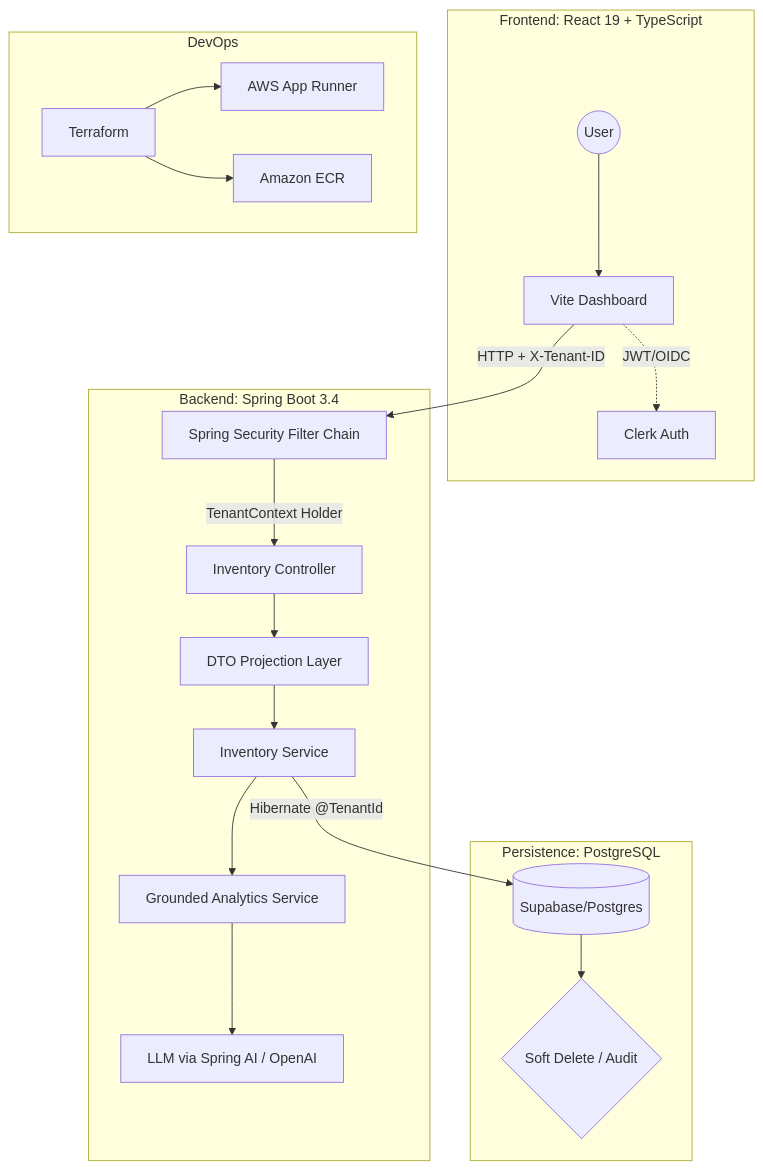
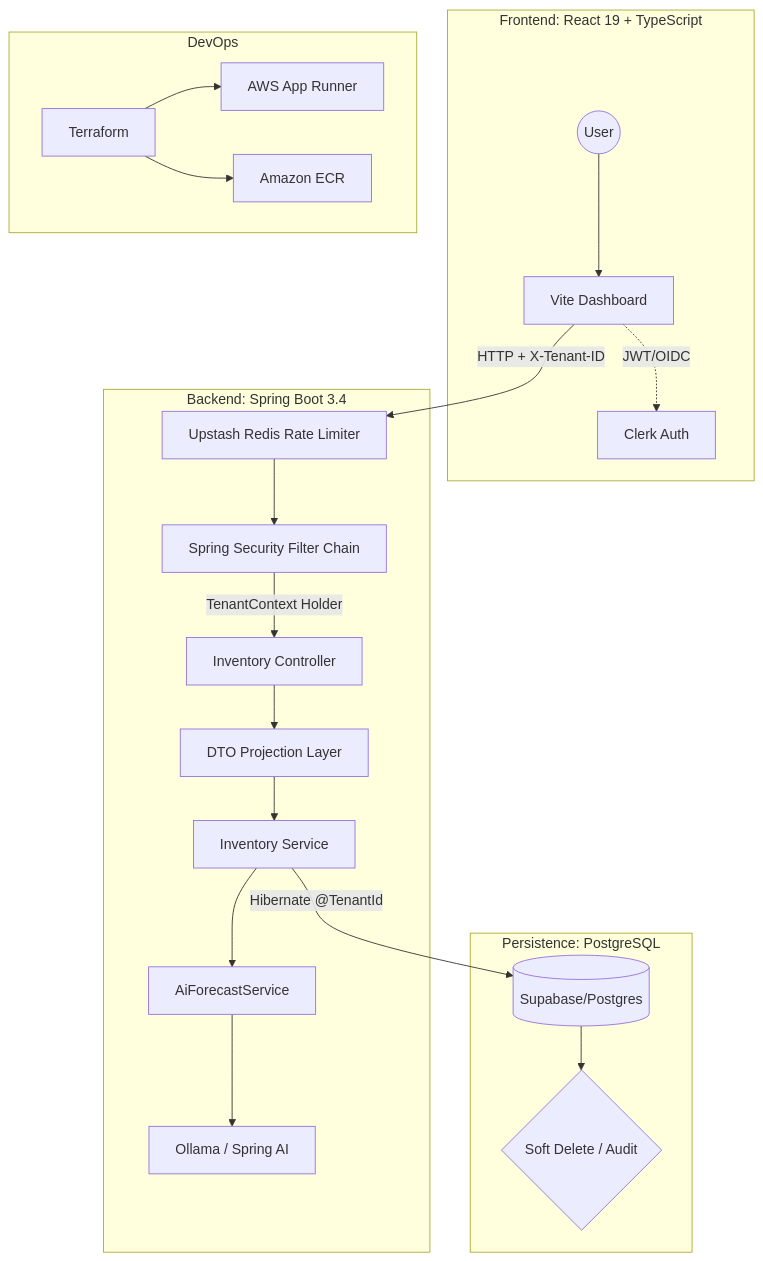
Before and after one commit to SaaammmyyyS/stack-inventory-manager: the diagram in README.md, drawn with Mermaid. The commit also changed other lines of this file, not shown here.

First line of the commit message:
Revise README for architecture and rate limiting updates

````diff
--- a/README.md
+++ b/README.md
@@ -12,27 +11,28 @@
 ```mermaid
 graph TD
     subgraph Client_Layer [Frontend: React 19 + TypeScript]
         User((User)) --> WebApp[Vite Dashboard]
         WebApp -.->|JWT/OIDC| Clerk[Clerk Auth]
     end
 
     subgraph API_Layer [Backend: Spring Boot 3.4]
-        WebApp -- "HTTP + X-Tenant-ID" --> Gateway[Spring Security Filter Chain]
+        WebApp -- "HTTP + X-Tenant-ID" --> RL[Upstash Redis Rate Limiter]
+        RL --> Gateway[Spring Security Filter Chain]
         Gateway -- "TenantContext Holder" --> Controller[Inventory Controller]
         Controller --> DTO[DTO Projection Layer]
         DTO --> Service[Inventory Service]
-        Service --> AiSvc[Grounded Analytics Service]
-        AiSvc --> LLM[LLM via Spring AI / OpenAI]
+        Service --> AiSvc[AiForecastService]
+        AiSvc --> LLM[Ollama / Spring AI]
     end
 
     subgraph Data_Layer [Persistence: PostgreSQL]
         Service -- "Hibernate @TenantId" --> DB[(Supabase/Postgres)]
         DB --> Logic{Soft Delete / Audit}
     end
 
     subgraph Infrastructure [DevOps]
         TF[Terraform] --> AppRunner[AWS App Runner]
         TF --> ECR[Amazon ECR]
     end
 
 ```
````
